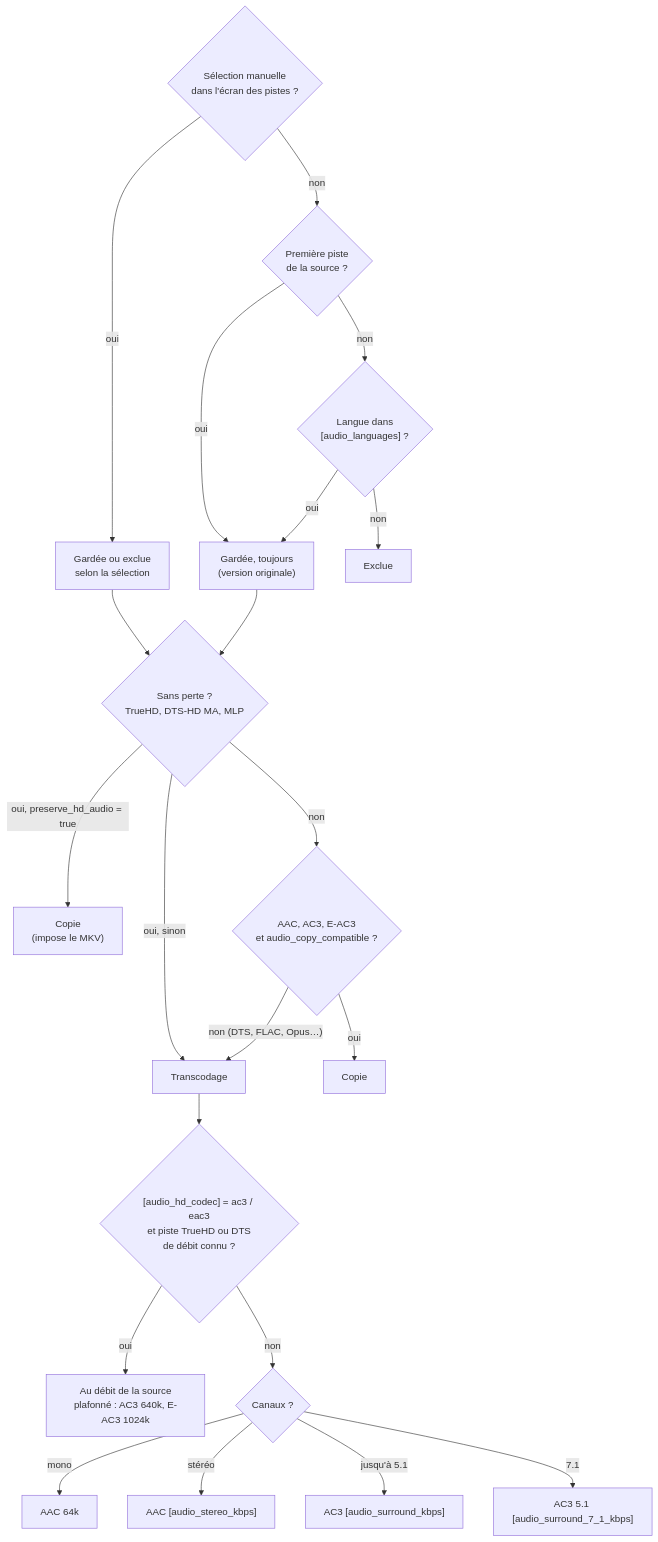
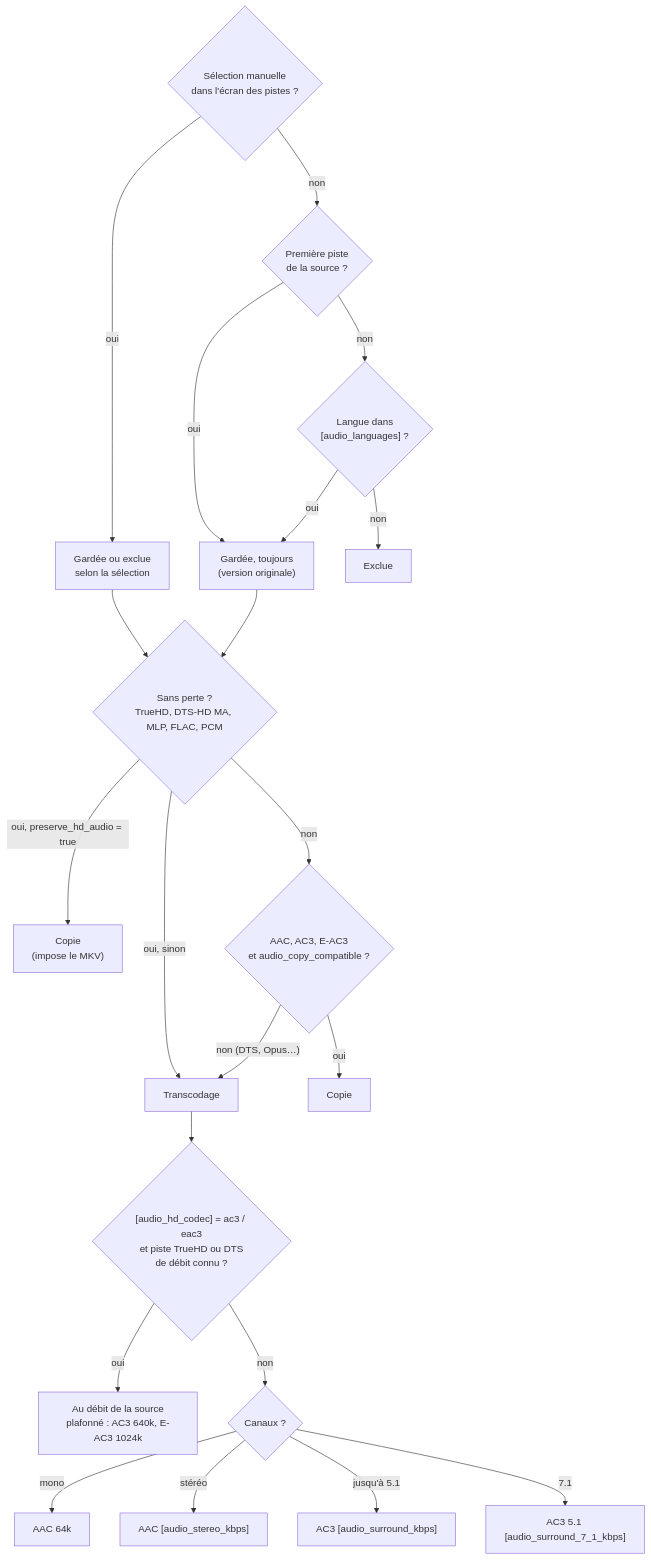
Before and after one commit to opegon/IRIS_Encode: the fourth of 6 diagrams in README.fr.md, drawn with Mermaid. The commit also changed other lines of this file and 13 other files, not shown here.

First line of the commit message:
release: v0.9.1.13 — FLAC et PCM recopiés avec preserve_hd_audio

````diff
--- a/README.fr.md
+++ b/README.fr.md
@@ -137,24 +137,24 @@
 ```mermaid
 flowchart TD
     A0{"Sélection manuelle<br/>dans l'écran des pistes ?"}
     A0 -->|oui| A1["Gardée ou exclue<br/>selon la sélection"]
     A0 -->|non| A2{"Première piste<br/>de la source ?"}
     A2 -->|oui| A3["Gardée, toujours<br/>(version originale)"]
     A2 -->|non| A4{"Langue dans<br/>[audio_languages] ?"}
     A4 -->|non| AX["Exclue"]
     A4 -->|oui| A3
     A1 --> B0
-    A3 --> B0{"Sans perte ?<br/>TrueHD, DTS-HD MA, MLP"}
+    A3 --> B0{"Sans perte ?<br/>TrueHD, DTS-HD MA, MLP, FLAC, PCM"}
     B0 -->|"oui, preserve_hd_audio = true"| CP1["Copie<br/>(impose le MKV)"]
     B0 -->|"oui, sinon"| TR["Transcodage"]
     B0 -->|non| B1{"AAC, AC3, E-AC3<br/>et audio_copy_compatible ?"}
     B1 -->|oui| CP2["Copie"]
-    B1 -->|"non (DTS, FLAC, Opus…)"| TR
+    B1 -->|"non (DTS, Opus…)"| TR
     TR --> T0{"[audio_hd_codec] = ac3 / eac3<br/>et piste TrueHD ou DTS<br/>de débit connu ?"}
     T0 -->|oui| T1["Au débit de la source<br/>plafonné : AC3 640k, E-AC3 1024k"]
     T0 -->|non| T2{"Canaux ?"}
     T2 -->|mono| T3["AAC 64k"]
     T2 -->|stéréo| T4["AAC [audio_stereo_kbps]"]
     T2 -->|"jusqu'à 5.1"| T5["AC3 [audio_surround_kbps]"]
     T2 -->|7.1| T6["AC3 5.1 [audio_surround_7_1_kbps]"]
 ```
````
